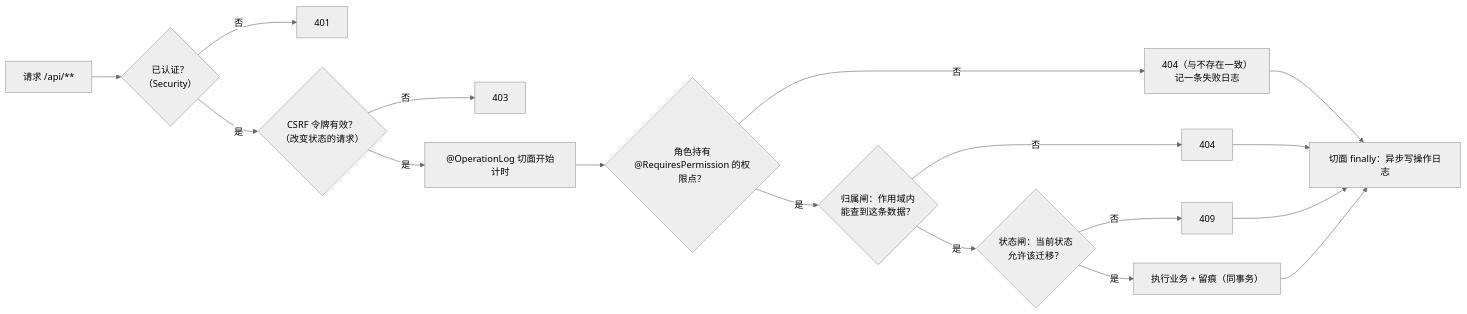
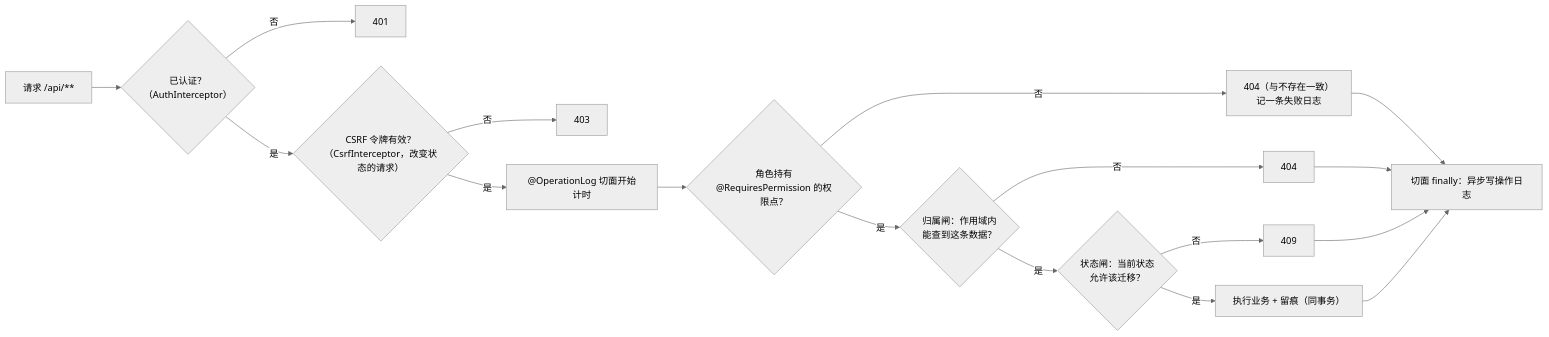
One commit to LIangZH-RT/CMS-TeamWork changed the second of 2 diagrams in doc/context/architecture.md. Above: the diagram before and after it, drawn with Mermaid (neutral theme). The commit also changed other lines of this file, not shown here.

First line of the commit message:
docs(architecture): 改为纯 Spring MVC 与拦截器认证

````diff
--- a/doc/context/architecture.md
+++ b/doc/context/architecture.md
@@ -422,19 +452,19 @@
 ```mermaid
 flowchart LR
-    R["请求 /api/**"] --> A{"已认证？<br/>（Security）"}
+    R["请求 /api/**"] --> A{"已认证？<br/>（AuthInterceptor）"}
     A -- 否 --> E401["401"]
-    A -- 是 --> C{"CSRF 令牌有效？<br/>（改变状态的请求）"}
+    A -- 是 --> C{"CSRF 令牌有效？<br/>（CsrfInterceptor，改变状态的请求）"}
     C -- 否 --> E403["403"]
     C -- 是 --> L["@OperationLog 切面开始计时"]
     L --> P{"角色持有<br/>@RequiresPermission 的权限点？"}
     P -- 否 --> E404a["404（与不存在一致）<br/>记一条失败日志"]
     P -- 是 --> O{"归属闸：作用域内<br/>能查到这条数据？"}
     O -- 否 --> E404b["404"]
     O -- 是 --> S{"状态闸：当前状态<br/>允许该迁移？"}
     S -- 否 --> E409["409"]
     S -- 是 --> OK["执行业务 + 留痕（同事务）"]
     OK --> W["切面 finally：异步写操作日志"]
     E404a --> W
     E404b --> W
     E409 --> W
 ```
````
